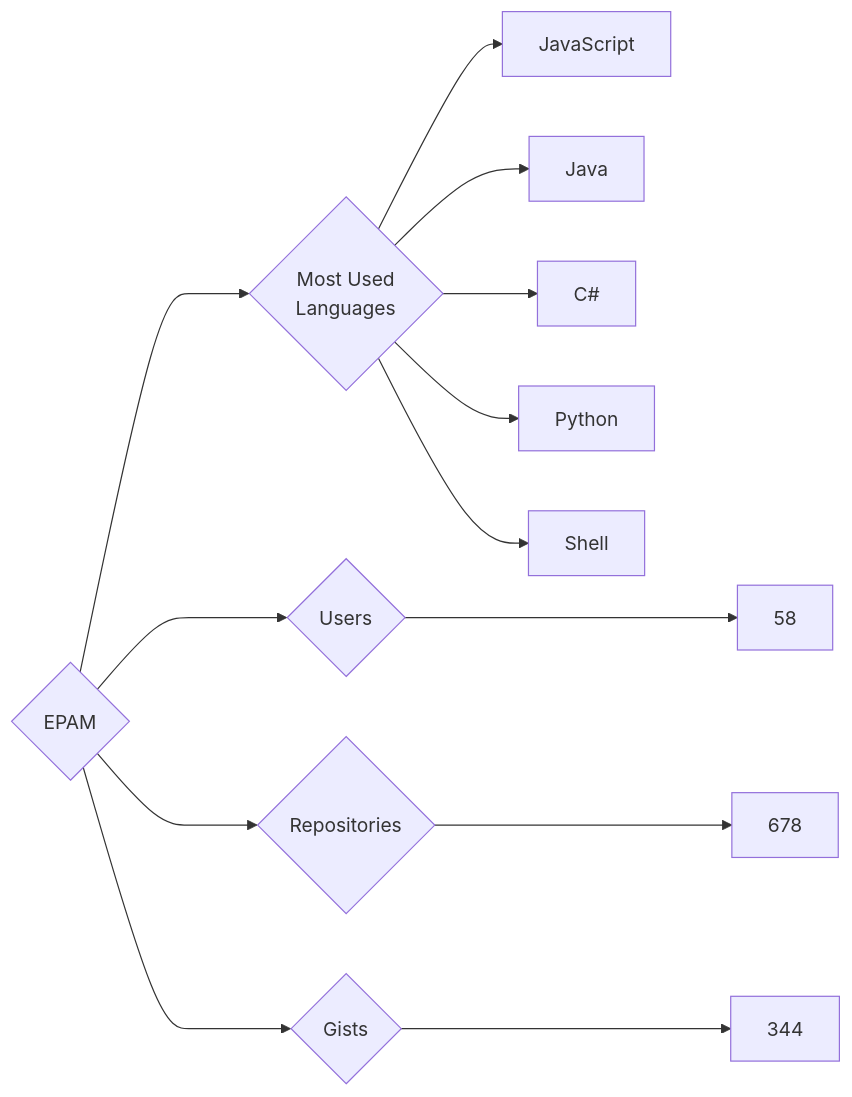
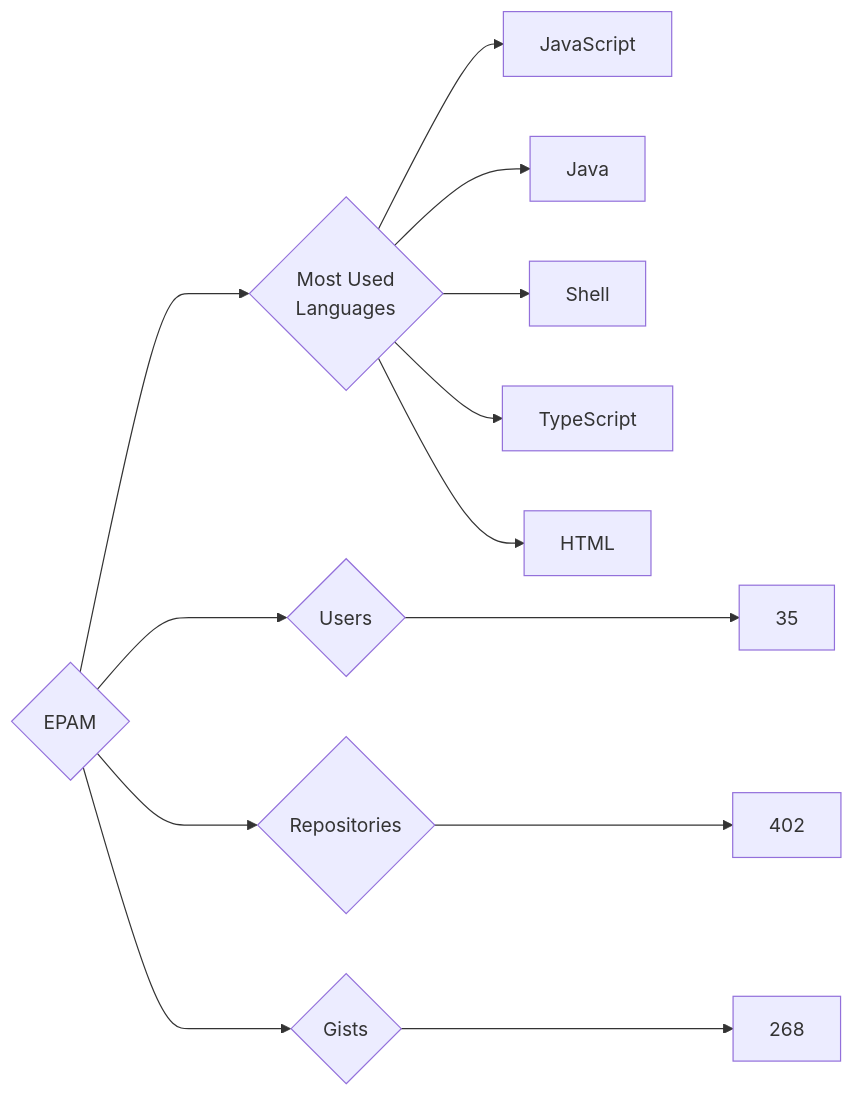
The diagram in targets/EPAM/README.md (trickest/insiders), drawn with Mermaid before and after one commit. The commit also changed 1314 other files, not shown here.

````diff
--- a/targets/EPAM/README.md
+++ b/targets/EPAM/README.md
@@ -3,13 +3,13 @@
 ```mermaid
 graph LR
 COMPANY_NAME{EPAM}
-COMPANY_NAME ---> U{Users} ---> UN[58]
-COMPANY_NAME ---> R{Repositories} ---> RN[678]
-COMPANY_NAME ---> G{Gists} ---> GN[344]
+COMPANY_NAME ---> U{Users} ---> UN[35]
+COMPANY_NAME ---> R{Repositories} ---> RN[402]
+COMPANY_NAME ---> G{Gists} ---> GN[268]
 COMPANY_NAME ---> ML{Most Used<br>Languages}
 ML --> JavaScript[JavaScript]
 ML --> Java[Java]
-ML --> C#[C#]
-ML --> Python[Python]
 ML --> Shell[Shell]
+ML --> TypeScript[TypeScript]
+ML --> HTML[HTML]
 ```
````
